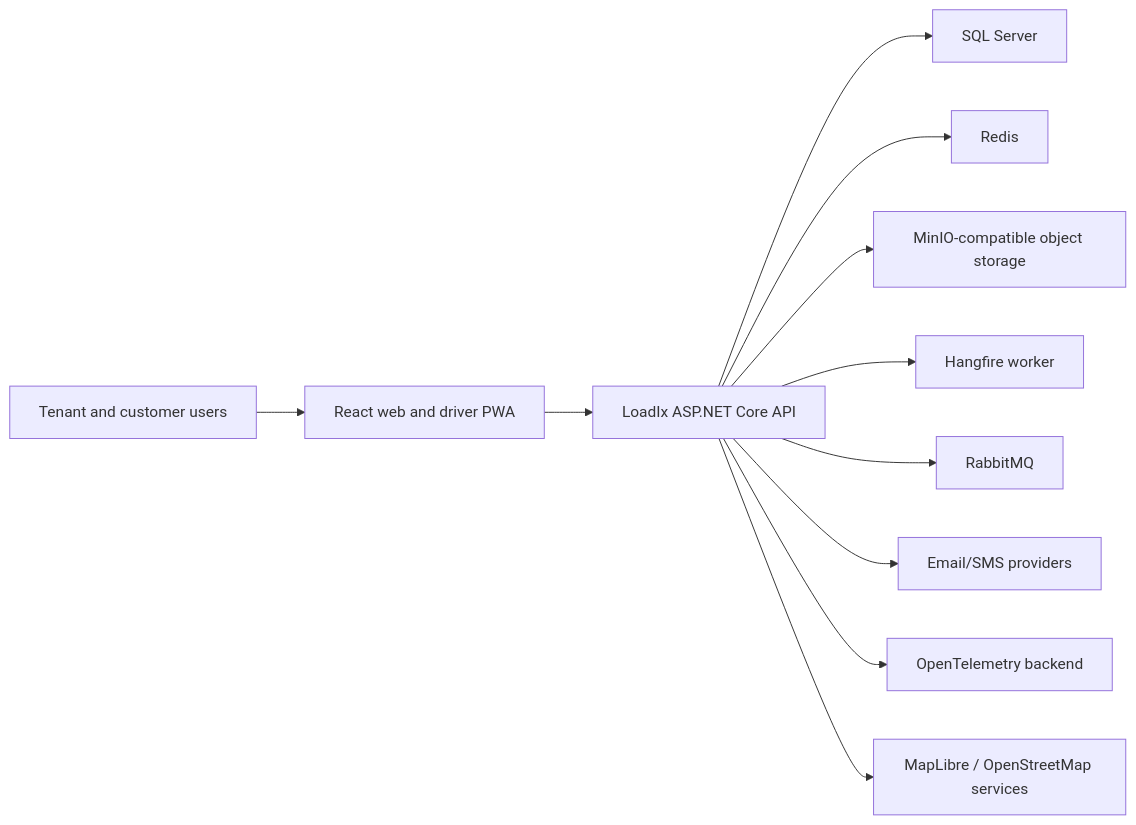
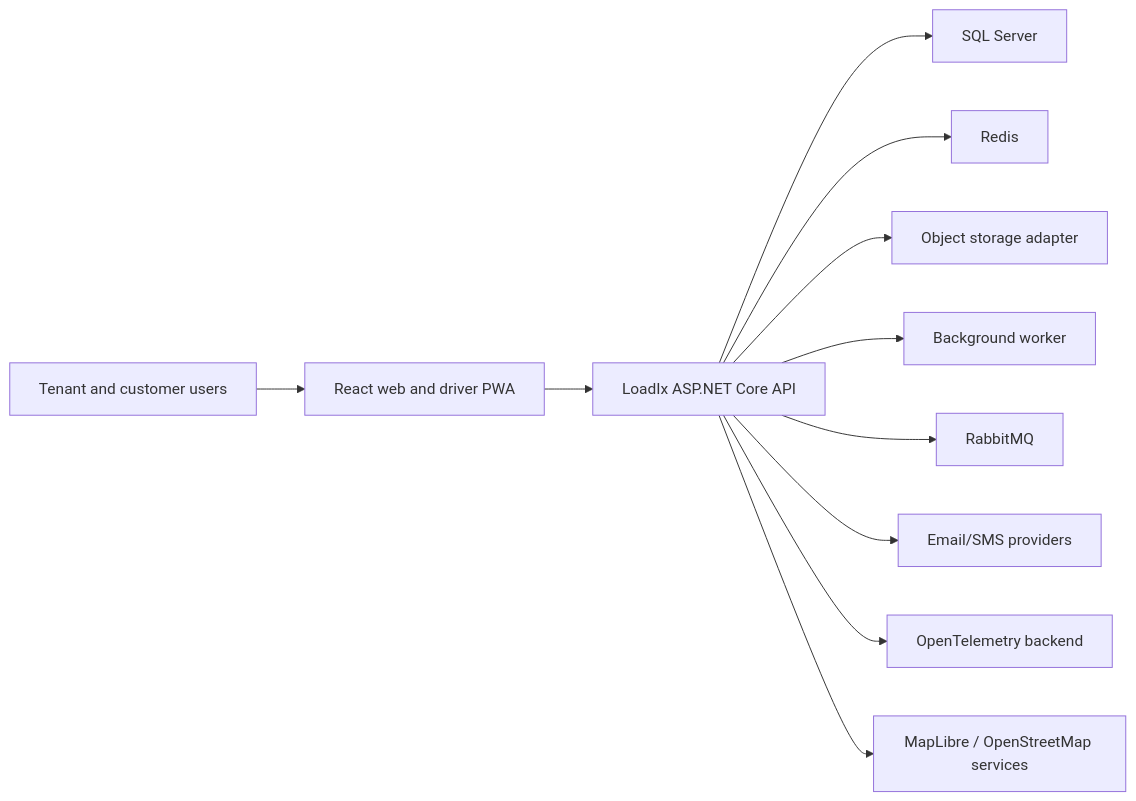
Before and after one commit to ShotunJC/LoadIx-Prod: the first of 2 diagrams in docs/architecture.md, drawn with Mermaid. The commit also changed other lines of this file and 57 other files, not shown here.

````diff
--- a/docs/architecture.md
+++ b/docs/architecture.md
@@ -19,13 +19,13 @@
 ```mermaid
 flowchart LR
     User["Tenant and customer users"] --> Web["React web and driver PWA"]
     Web --> Api["LoadIx ASP.NET Core API"]
     Api --> Sql["SQL Server"]
     Api --> Redis["Redis"]
-    Api --> Objects["MinIO-compatible object storage"]
-    Api --> Jobs["Hangfire worker"]
+    Api --> Objects["Object storage adapter"]
+    Api --> Jobs["Background worker"]
     Api --> Broker["RabbitMQ"]
     Api --> Notify["Email/SMS providers"]
     Api --> Telemetry["OpenTelemetry backend"]
     Api --> Maps["MapLibre / OpenStreetMap services"]
 ```
````
